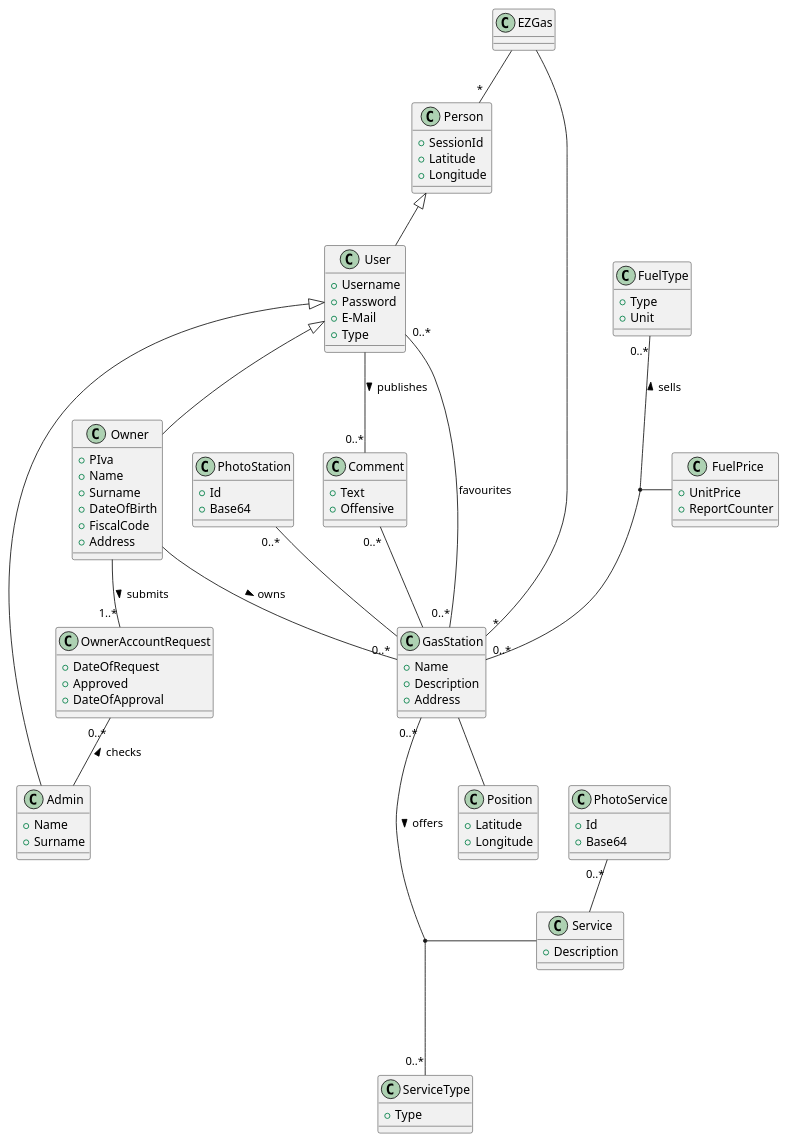
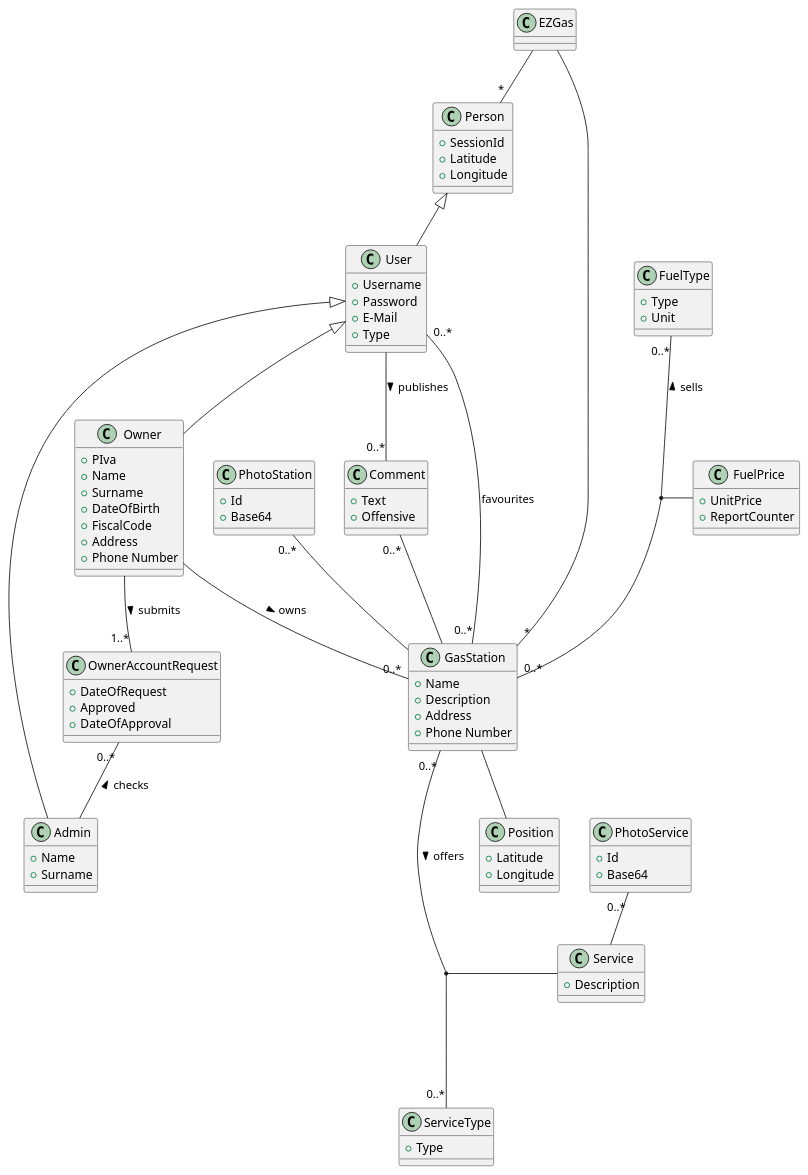
One commit to polito-se2-2020-team6/ezgas changed the third of 5 diagrams in docs/RequirementsDocument.md. Above: the diagram before and after it, drawn with PlantUML. The commit also changed other lines of this file, not shown here.

```diff
--- a/docs/RequirementsDocument.md
+++ b/docs/RequirementsDocument.md
@@ -644,6 +644,7 @@
 	+ DateOfBirth
 	+ FiscalCode
 	+ Address
+	+ Phone Number
 }
 class Admin {
 	+ Name
@@ -653,6 +654,7 @@
 	+ Name
 	+ Description
 	+ Address
+	+ Phone Number
 }
 class FuelType {
 	+ Type
```
